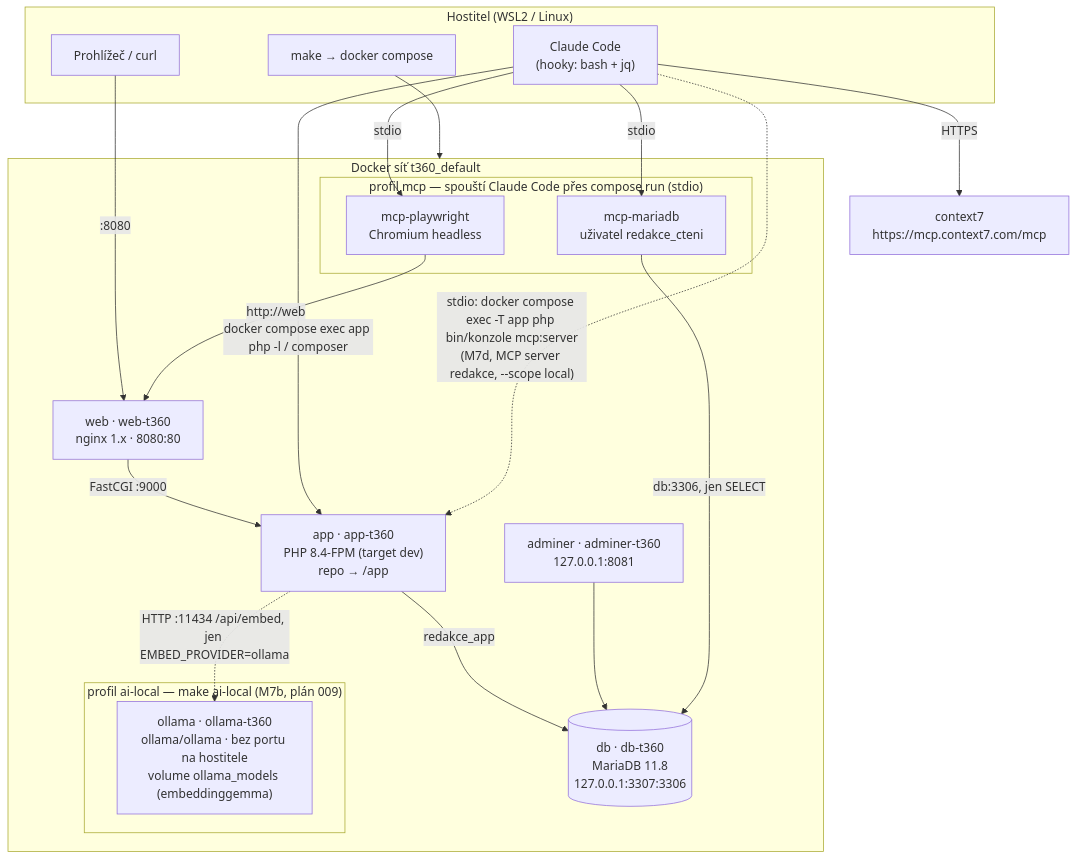
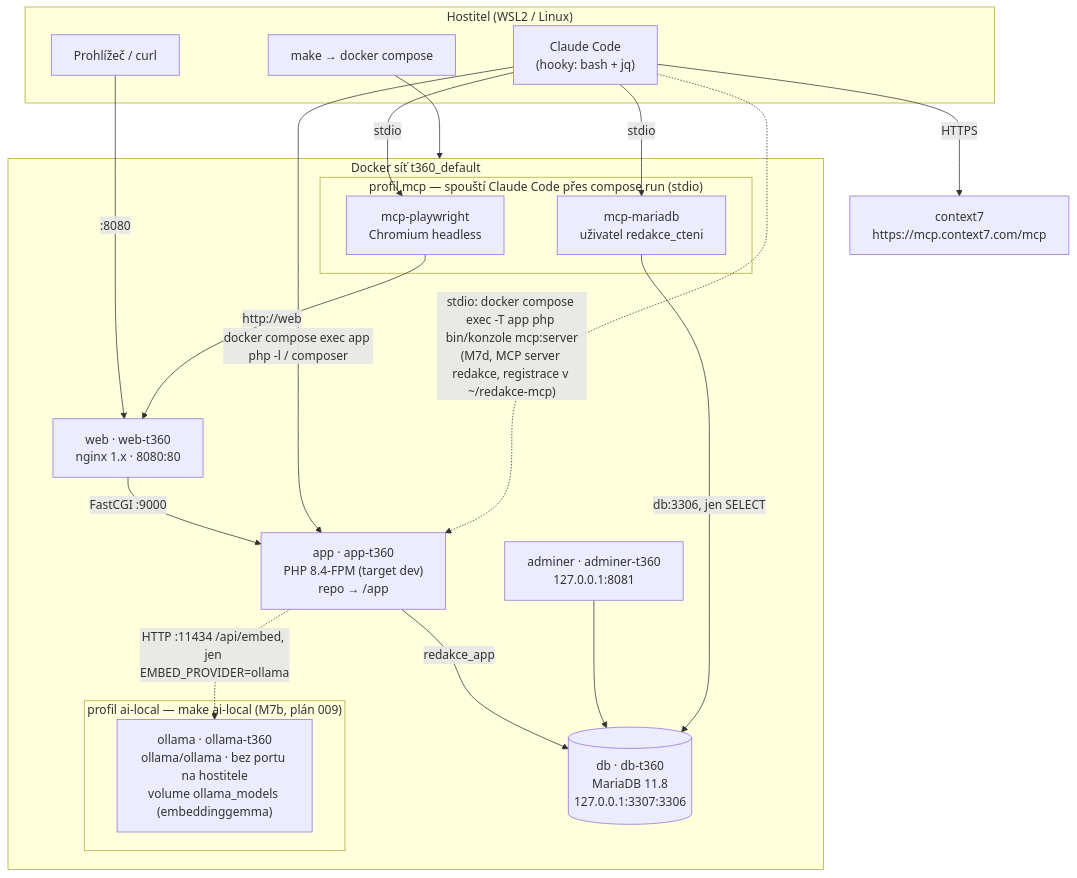
Before and after one commit to rehorxsamsa/t360-php-agent-rs: the second of 5 diagrams in docs/architektura.md, drawn with Mermaid. The commit also changed other lines of this file and 7 other files, not shown here.

````diff
--- a/docs/architektura.md
+++ b/docs/architektura.md
@@ -180,35 +181,35 @@
 ```mermaid
 flowchart TB
     subgraph Host["Hostitel (WSL2 / Linux)"]
         B["Prohlížeč / curl"]
         CC["Claude Code<br/>(hooky: bash + jq)"]
         MK["make → docker compose"]
     end
     subgraph Net["Docker síť t360_default"]
         W["web · web-t360<br/>nginx 1.x · 8080:80"]
         A["app · app-t360<br/>PHP 8.4-FPM (target dev)<br/>repo → /app"]
         D[("db · db-t360<br/>MariaDB 11.8<br/>127.0.0.1:3307:3306")]
         AD["adminer · adminer-t360<br/>127.0.0.1:8081"]
         subgraph PL["profil ai-local — make ai-local (M7b, plán 009)"]
             O["ollama · ollama-t360<br/>ollama/ollama · bez portu na hostitele<br/>volume ollama_models (embeddinggemma)"]
         end
         subgraph P["profil mcp — spouští Claude Code přes compose run (stdio)"]
             PW["mcp-playwright<br/>Chromium headless"]
             MM["mcp-mariadb<br/>uživatel redakce_cteni"]
         end
     end
     C7["context7<br/>https://mcp.context7.com/mcp"]
     B -->|":8080"| W
     W -->|"FastCGI :9000"| A
     A -->|"redakce_app"| D
     A -.->|"HTTP :11434 /api/embed, jen EMBED_PROVIDER=ollama"| O
     AD --> D
     CC -->|"docker compose exec app php -l / composer"| A
-    CC -.->|"stdio: docker compose exec -T app php bin/konzole mcp:server<br/>(M7d, MCP server redakce, --scope local)"| A
+    CC -.->|"stdio: docker compose exec -T app php bin/konzole mcp:server<br/>(M7d, MCP server redakce, registrace v ~/redakce-mcp)"| A
     CC -->|"stdio"| PW
     CC -->|"stdio"| MM
     CC -->|"HTTPS"| C7
     PW -->|"http://web"| W
     MM -->|"db:3306, jen SELECT"| D
     MK --> Net
 ```
````
